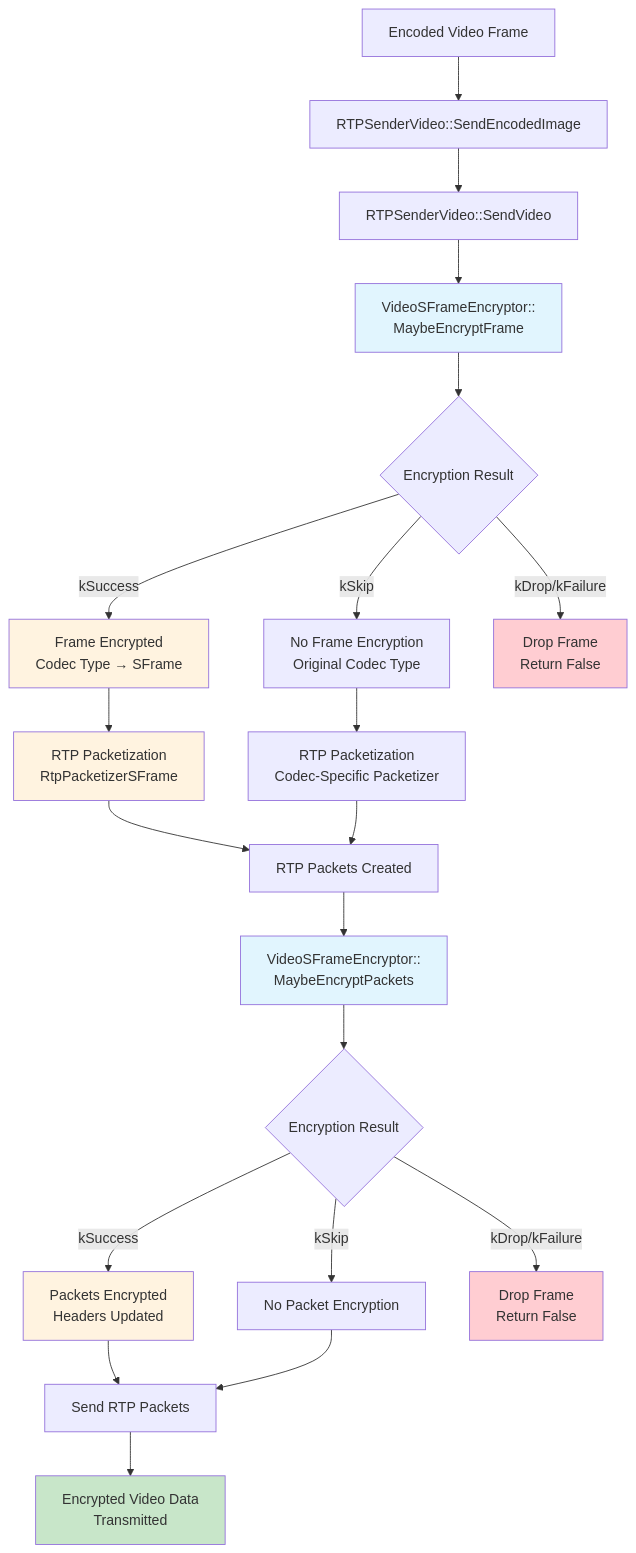
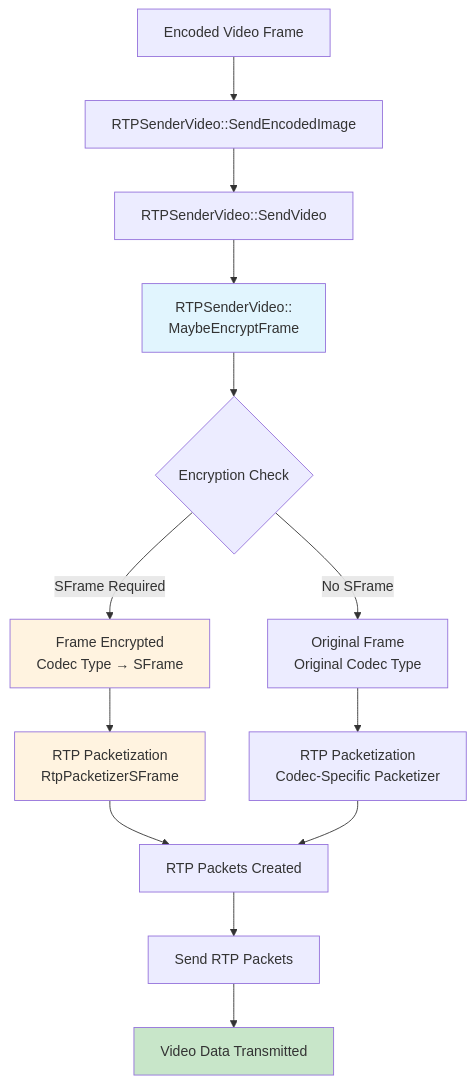
The second of 2 diagrams in video-sender.md (webex/webrtc-sframe), drawn with Mermaid before and after one commit. The commit also changed other lines of this file and 5 other files, not shown here.

````diff
--- a/video-sender.md
+++ b/video-sender.md
@@ -436,42 +142,28 @@
 ```mermaid
 flowchart TD
     A[Encoded Video Frame] --> B[RTPSenderVideo::SendEncodedImage]
 
     B[RTPSenderVideo::SendEncodedImage] --> C[RTPSenderVideo::SendVideo]
 
-    C --> E[VideoSFrameEncryptor::<br/>MaybeEncryptFrame]
+    C --> E[RTPSenderVideo::<br/>MaybeEncryptFrame]
     
-    E --> E1{Encryption Result}
+    E --> E1{Encryption Check}
     
-    E1 -->|kSuccess| F[Frame Encrypted<br/>Codec Type → SFrame]
-    E1 -->|kSkip| G[No Frame Encryption<br/>Original Codec Type]
-    E1 -->|kDrop/kFailure| Z[Drop Frame<br/>Return False]
+    E1 -->|SFrame Required| F[Frame Encrypted<br/>Codec Type → SFrame]
+    E1 -->|No SFrame| G[Original Frame<br/>Original Codec Type]
     
     F --> H[RTP Packetization<br/>RtpPacketizerSFrame]
     G --> H1[RTP Packetization<br/>Codec-Specific Packetizer]
     
     H --> I[RTP Packets Created]
     H1 --> I
     
-    I --> J[VideoSFrameEncryptor::<br/>MaybeEncryptPackets]
+    I --> M[Send RTP Packets]
     
-    J --> J1{Encryption Result}
-    
-    J1 -->|kSuccess| K[Packets Encrypted<br/>Headers Updated]
-    J1 -->|kSkip| L[No Packet Encryption]
-    J1 -->|kDrop/kFailure| Z1[Drop Frame<br/>Return False]
-    
-    K --> M[Send RTP Packets]
-    L --> M
-    
-    M --> N[Encrypted Video Data<br/>Transmitted]
+    M --> N[Video Data Transmitted]
     
     style E fill:#e1f5fe
     style F fill:#fff3e0
     style H fill:#fff3e0
-    style J fill:#e1f5fe
-    style K fill:#fff3e0
     style N fill:#c8e6c9
-    style Z fill:#ffcdd2
-    style Z1 fill:#ffcdd2
 ```
````
